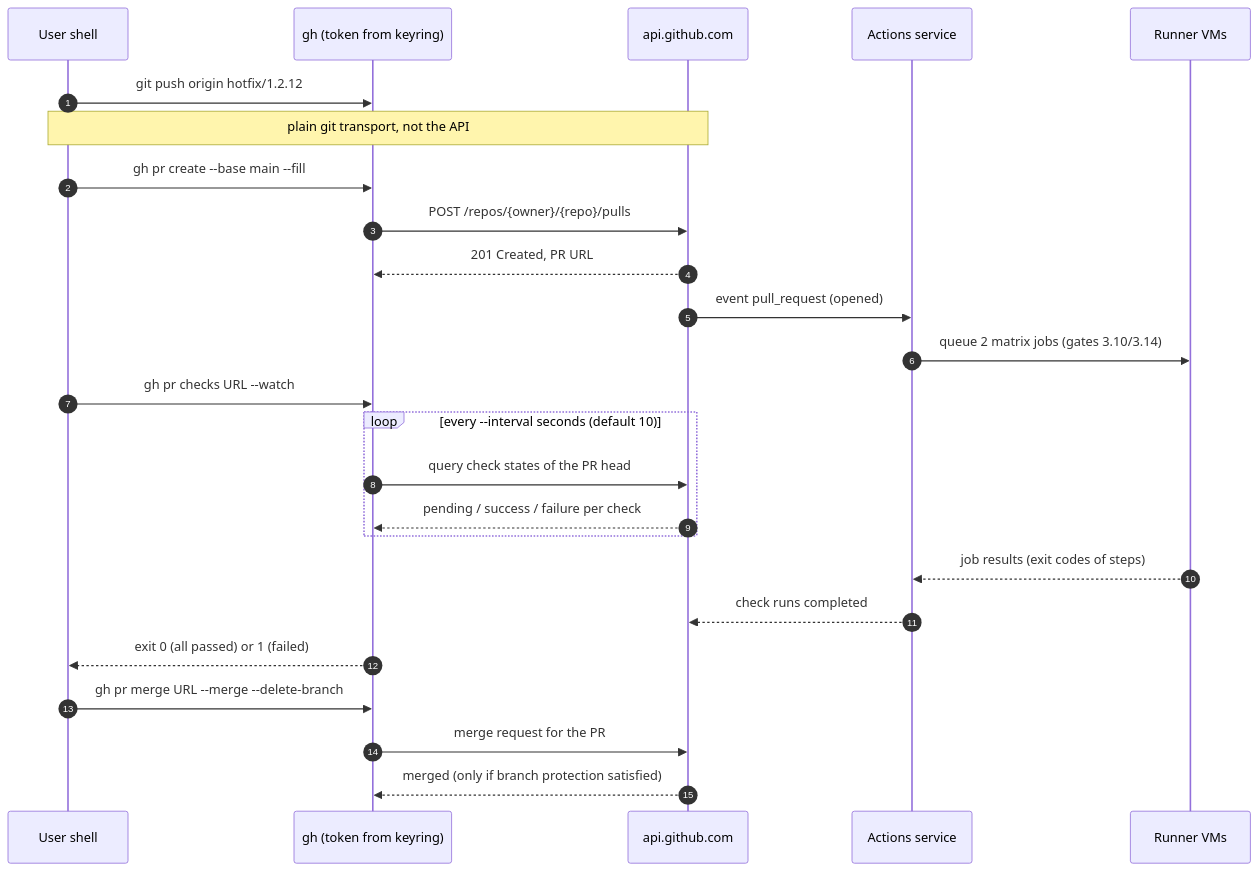
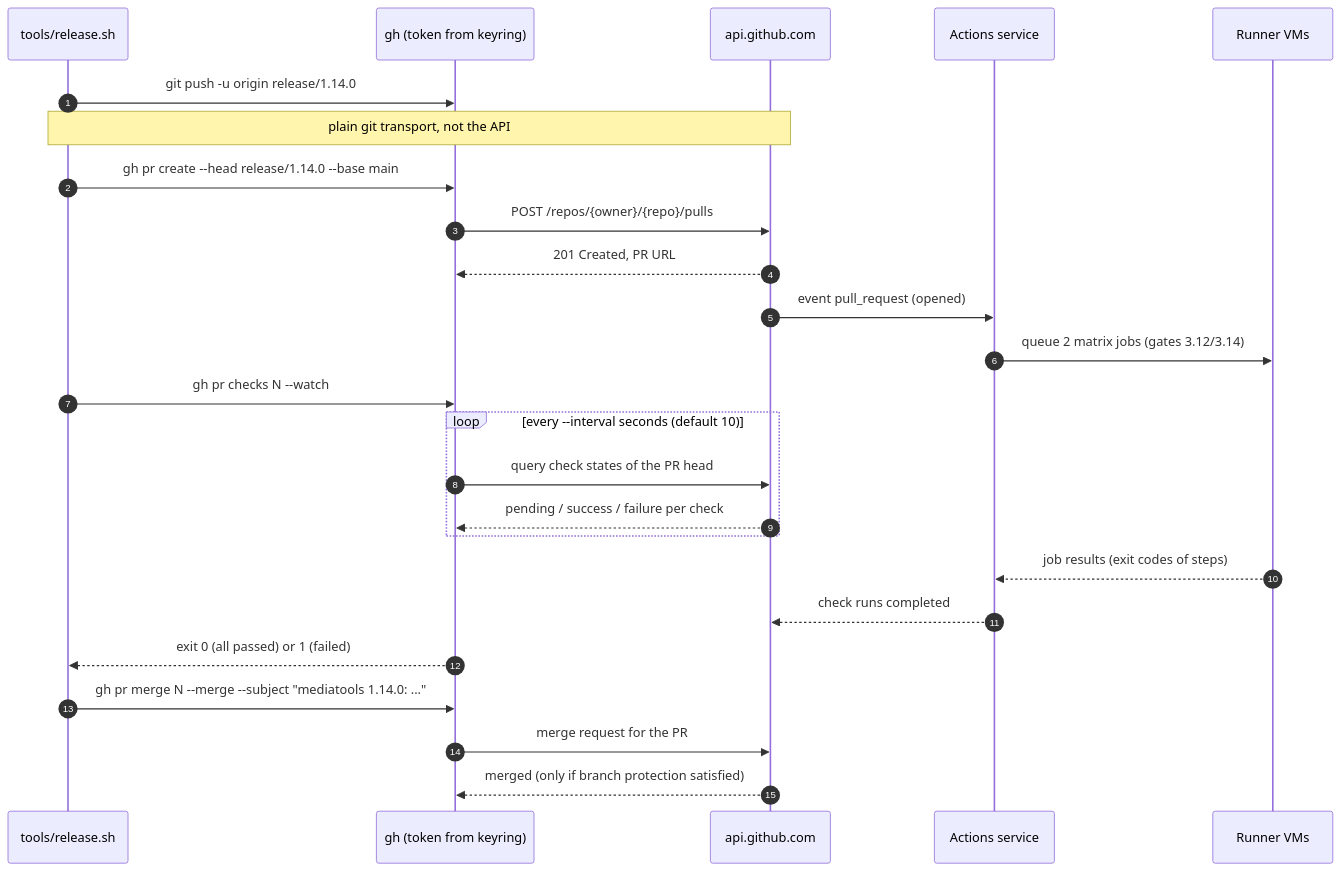
One commit to peddanet/mediatools changed the diagram in docs/img/ci_seq_gh.mmd. Above: the diagram before and after it, drawn with Mermaid. The commit also changed 52 other files, not shown here.

```diff
--- a/docs/img/ci_seq_gh.mmd
+++ b/docs/img/ci_seq_gh.mmd
@@ -1,25 +1,25 @@
 sequenceDiagram
   autonumber
-  participant U as User shell
+  participant U as tools/release.sh
   participant G as gh (token from keyring)
   participant API as api.github.com
   participant ACT as Actions service
   participant R as Runner VMs
-  U->>G: git push origin hotfix/1.2.12
+  U->>G: git push -u origin release/1.14.0
   Note over U,API: plain git transport, not the API
-  U->>G: gh pr create --base main --fill
+  U->>G: gh pr create --head release/1.14.0 --base main
   G->>API: POST /repos/{owner}/{repo}/pulls
   API-->>G: 201 Created, PR URL
   API->>ACT: event pull_request (opened)
-  ACT->>R: queue 2 matrix jobs (gates 3.10/3.14)
-  U->>G: gh pr checks URL --watch
+  ACT->>R: queue 2 matrix jobs (gates 3.12/3.14)
+  U->>G: gh pr checks N --watch
   loop every --interval seconds (default 10)
     G->>API: query check states of the PR head
     API-->>G: pending / success / failure per check
   end
   R-->>ACT: job results (exit codes of steps)
   ACT-->>API: check runs completed
   G-->>U: exit 0 (all passed) or 1 (failed)
-  U->>G: gh pr merge URL --merge --delete-branch
+  U->>G: gh pr merge N --merge --subject "mediatools 1.14.0: ..."
   G->>API: merge request for the PR
   API-->>G: merged (only if branch protection satisfied)
```
